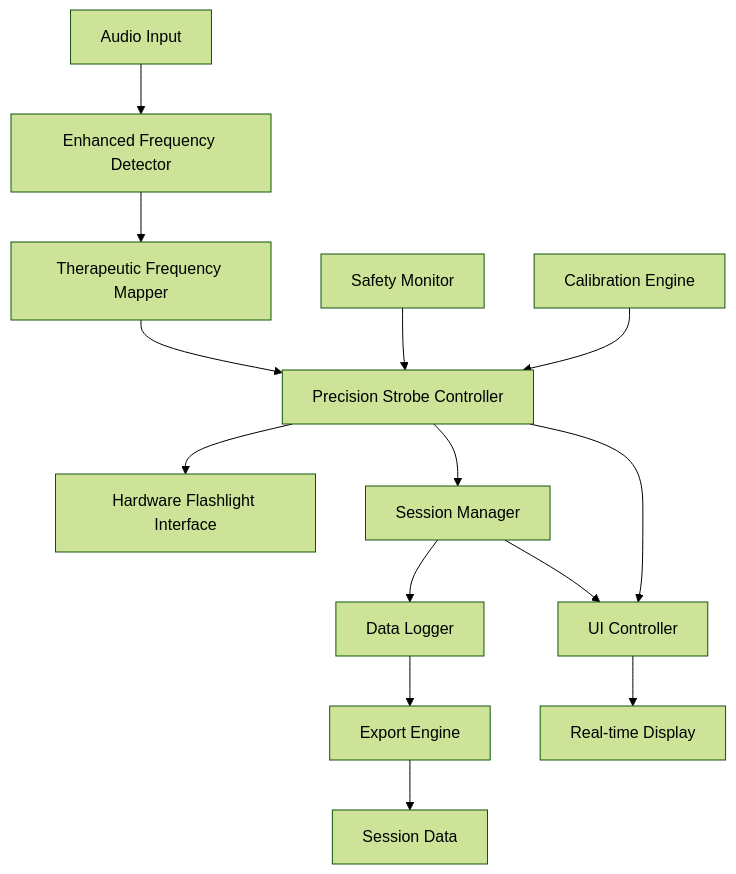
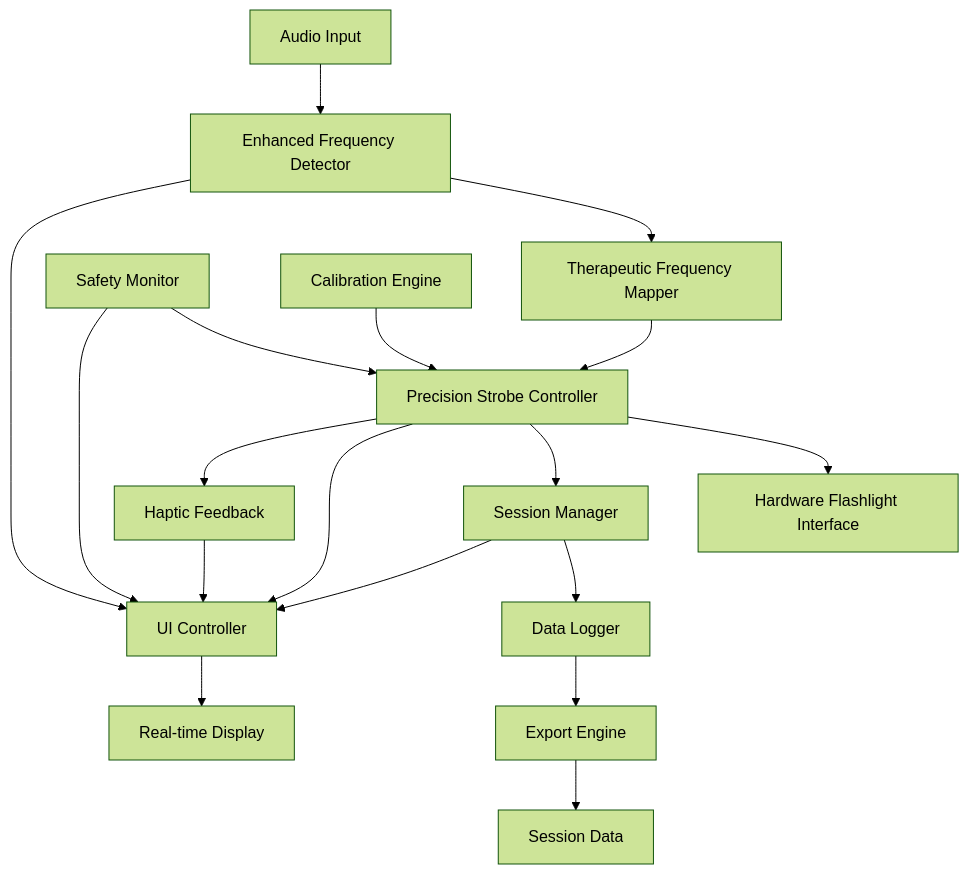
Before and after one commit to EggzYy/SoundToLightTherapy: the diagram in .kiro/specs/accurate-stroboscopic-therapy/design.md, drawn with Mermaid (forest theme). The commit also changed other lines of this file and 8 other files, not shown here.

````diff
--- a/.kiro/specs/accurate-stroboscopic-therapy/design.md
+++ b/.kiro/specs/accurate-stroboscopic-therapy/design.md
@@ -11,19 +11,24 @@
 ```mermaid
 graph TB
     A[Audio Input] --> B[Enhanced Frequency Detector]
     B --> C[Therapeutic Frequency Mapper]
     C --> D[Precision Strobe Controller]
     D --> E[Hardware Flashlight Interface]
     
     F[Safety Monitor] --> D
     G[Calibration Engine] --> D
     H[Session Manager] --> I[Data Logger]
     D --> H
     
     J[UI Controller] --> K[Real-time Display]
     H --> J
     D --> J
+    B --> J
+    F --> J
     
     L[Export Engine] --> M[Session Data]
     I --> L
+    
+    N[Haptic Feedback] --> J
+    D --> N
 ```
````
